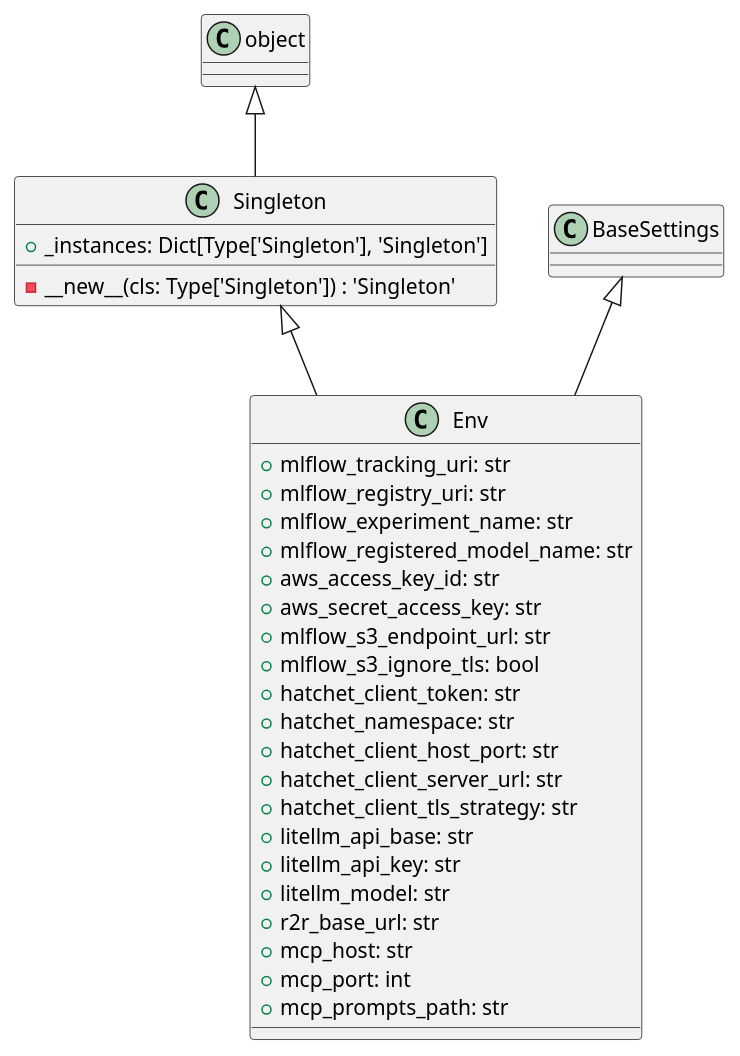
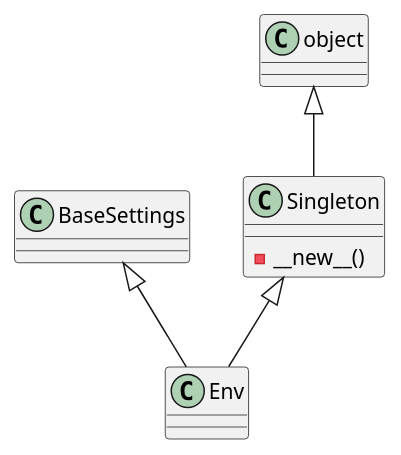
One commit to lgcorzo/llmops-python-package changed the diagram in openwiki/src/autogen_team/infrastructure/io/osvariables.md. Above: the diagram before and after it, drawn with PlantUML. The commit also changed other lines of this file and 77 other files, not shown here.

````diff
--- a/openwiki/src/autogen_team/infrastructure/io/osvariables.md
+++ b/openwiki/src/autogen_team/infrastructure/io/osvariables.md
@@ -51,33 +83,12 @@
 ```plantuml
 @startuml
-    object <|-- Singleton
-    class Singleton {
-        +_instances: Dict[Type['Singleton'], 'Singleton']
-        -__new__(cls: Type['Singleton']) : 'Singleton'
-    }
-    Singleton <|-- Env
-    BaseSettings <|-- Env
-    class Env {
-        +mlflow_tracking_uri: str
-        +mlflow_registry_uri: str
-        +mlflow_experiment_name: str
-        +mlflow_registered_model_name: str
-        +aws_access_key_id: str
-        +aws_secret_access_key: str
-        +mlflow_s3_endpoint_url: str
-        +mlflow_s3_ignore_tls: bool
-        +hatchet_client_token: str
-        +hatchet_namespace: str
-        +hatchet_client_host_port: str
-        +hatchet_client_server_url: str
-        +hatchet_client_tls_strategy: str
-        +litellm_api_base: str
-        +litellm_api_key: str
-        +litellm_model: str
-        +r2r_base_url: str
-        +mcp_host: str
-        +mcp_port: int
-        +mcp_prompts_path: str
-    }
+class Singleton {
+  - __new__()
+}
+object <|-- Singleton
+class Env {
+}
+Singleton <|-- Env
+BaseSettings <|-- Env
 @enduml
 ```
````
